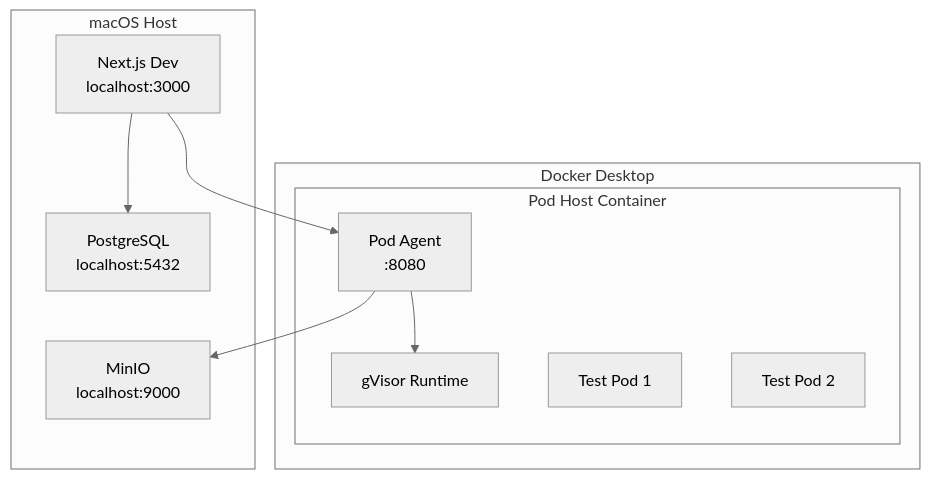
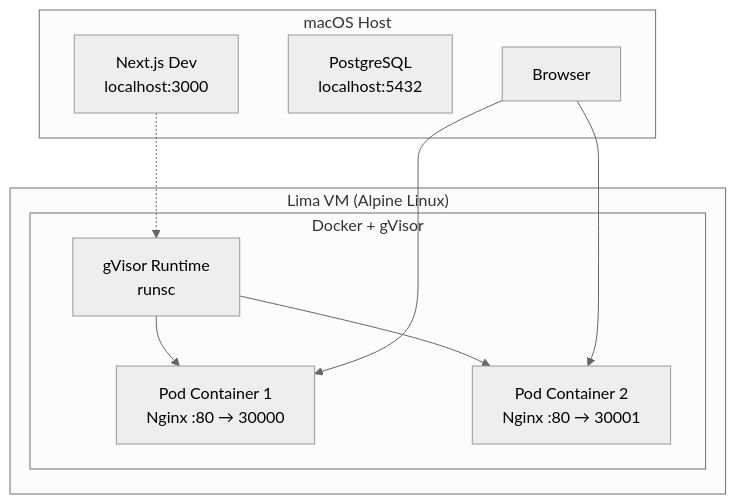
The diagram in docs/architecture/10-local-development.md (rogeriochaves/pinacle), drawn with Mermaid (neutral theme) before and after one commit. The commit also changed other lines of this file and 23 other files, not shown here.

````diff
--- a/docs/architecture/10-local-development.md
+++ b/docs/architecture/10-local-development.md
@@ -9,22 +9,22 @@
 ```mermaid
 graph TB
     subgraph "macOS Host"
         Next[Next.js Dev<br/>localhost:3000]
         PG[PostgreSQL<br/>localhost:5432]
-        Minio[MinIO<br/>localhost:9000]
+        Browser[Browser]
     end
 
-    subgraph "Docker Desktop"
-        subgraph "Pod Host Container"
-            gVisor[gVisor Runtime]
-            Agent[Pod Agent<br/>:8080]
-            Pod1[Test Pod 1]
-            Pod2[Test Pod 2]
+    subgraph "Lima VM (Alpine Linux)"
+        subgraph "Docker + gVisor"
+            Runtime[gVisor Runtime<br/>runsc]
+            Pod1[Pod Container 1<br/>Nginx :80 → 30000]
+            Pod2[Pod Container 2<br/>Nginx :80 → 30001]
         end
     end
 
-    Next --> Agent
-    Agent --> gVisor
-    Agent --> Minio
-    Next --> PG
+    Next -.-> Runtime
+    Runtime --> Pod1
+    Runtime --> Pod2
+    Browser --> Pod1
+    Browser --> Pod2
 ```
````
